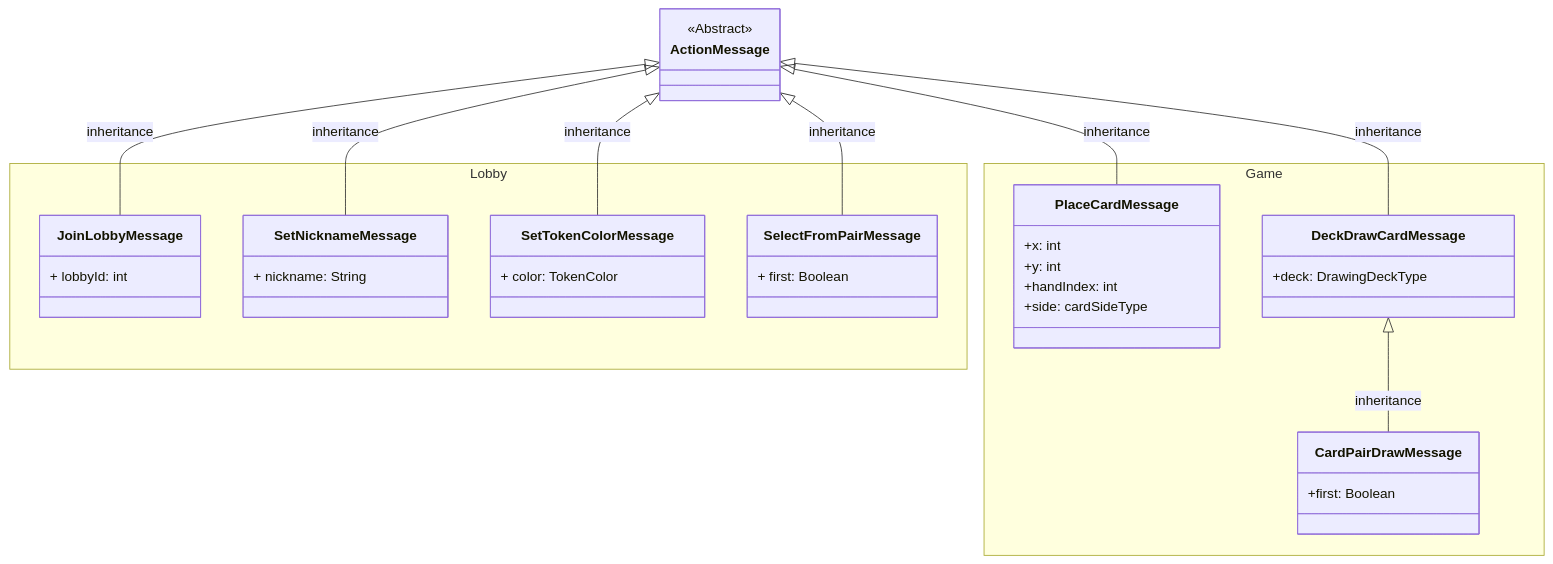
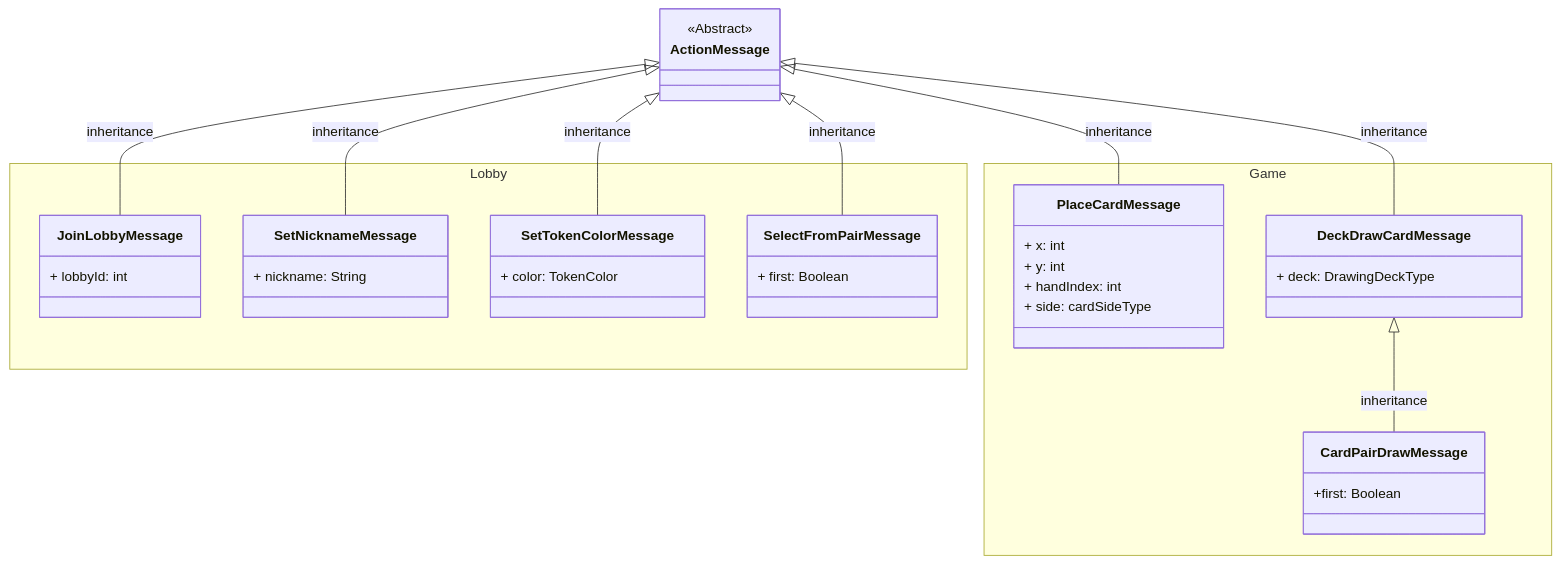
Before and after one commit to frephs/IS24-AM21: the fourth of 6 diagrams in documentation_wip/messages.md, drawn with Mermaid. The commit also changed other lines of this file, not shown here.

````diff
--- a/documentation_wip/messages.md
+++ b/documentation_wip/messages.md
@@ -163,56 +163,56 @@
 ```mermaid
 classDiagram
     class ActionMessage {
         <<Abstract>> 
     }
 
     namespace Lobby{
         class JoinLobbyMessage {
             + lobbyId: int
         }
 
         class SetNicknameMessage{
             + nickname: String
         }
 
         class SetTokenColorMessage {
             + color: TokenColor
         }
 
         
         class SelectFromPairMessage {
             + first: Boolean
         }
     
     }
 
     ActionMessage <|-- JoinLobbyMessage : inheritance
     ActionMessage <|-- SetNicknameMessage : inheritance
     ActionMessage <|-- SetTokenColorMessage : inheritance
     ActionMessage <|-- SelectFromPairMessage: inheritance
 
     namespace Game{
     
     class PlaceCardMessage{
-        +x: int
-        +y: int
-        +handIndex: int 
-        +side: cardSideType 
+        + x: int
+        + y: int
+        + handIndex: int 
+        + side: cardSideType 
     }
 
     class DeckDrawCardMessage{
-        +deck: DrawingDeckType
+        + deck: DrawingDeckType
     }
 
     class CardPairDrawMessage {
         +first: Boolean
 
     }
     }
     
     ActionMessage <|-- PlaceCardMessage: inheritance
     ActionMessage <|-- DeckDrawCardMessage: inheritance
 
     DeckDrawCardMessage <|-- CardPairDrawMessage  : inheritance
 
 ```
````
